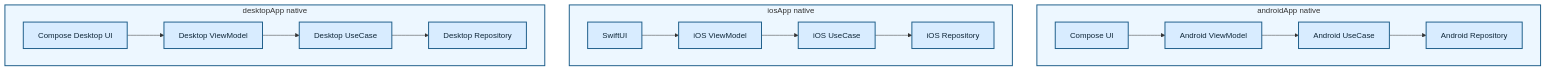
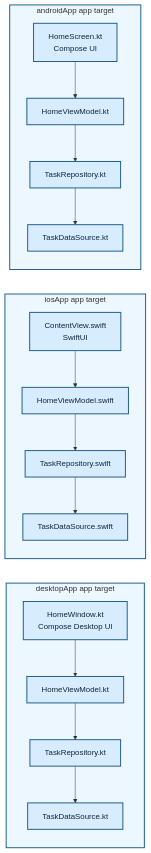
The diagram in diagrams/01-normal-native.md (TheSetox/kmp-sample-diagrams), drawn with Mermaid before and after one commit. The commit also changed other lines of this file and 28 other files, not shown here.

Commit message:
docs: reassess diagram layer boundaries

````diff
--- a/diagrams/01-normal-native.md
+++ b/diagrams/01-normal-native.md
@@ -5,32 +5,38 @@
 ```mermaid
 flowchart TB
-  subgraph Android["androidApp native"]
-    AUI["Compose UI"]
-    AVM["Android ViewModel"]
-    AUseCase["Android UseCase"]
-    ARepository["Android Repository"]
-    AUI --> AVM --> AUseCase --> ARepository
+  subgraph Android["androidApp app target"]
+    direction TB
+    AUI["HomeScreen.kt\nCompose UI"]
+    AVM["HomeViewModel.kt"]
+    ARepository["TaskRepository.kt"]
+    ADataSource["TaskDataSource.kt"]
+    AUI --> AVM --> ARepository --> ADataSource
   end
 
-  subgraph IOS["iosApp native"]
-    IUI["SwiftUI"]
-    IVM["iOS ViewModel"]
-    IUseCase["iOS UseCase"]
-    IRepository["iOS Repository"]
-    IUI --> IVM --> IUseCase --> IRepository
+  subgraph IOS["iosApp app target"]
+    direction TB
+    IUI["ContentView.swift\nSwiftUI"]
+    IVM["HomeViewModel.swift"]
+    IRepository["TaskRepository.swift"]
+    IDataSource["TaskDataSource.swift"]
+    IUI --> IVM --> IRepository --> IDataSource
   end
 
-  subgraph Desktop["desktopApp native"]
-    DUI["Compose Desktop UI"]
-    DVM["Desktop ViewModel"]
-    DUseCase["Desktop UseCase"]
-    DRepository["Desktop Repository"]
-    DUI --> DVM --> DUseCase --> DRepository
+  subgraph Desktop["desktopApp app target"]
+    direction TB
+    DUI["HomeWindow.kt\nCompose Desktop UI"]
+    DVM["HomeViewModel.kt"]
+    DRepository["TaskRepository.kt"]
+    DDataSource["TaskDataSource.kt"]
+    DUI --> DVM --> DRepository --> DDataSource
   end
 
+  ADataSource ~~~ IUI
+  IDataSource ~~~ DUI
+
   classDef app fill:#d8ecff,stroke:#1f5f8b,color:#0f2738,stroke-width:2px;
-  class AUI,AVM,AUseCase,ARepository,IUI,IVM,IUseCase,IRepository,DUI,DVM,DUseCase,DRepository app;
+  class AUI,AVM,ARepository,ADataSource,IUI,IVM,IRepository,IDataSource,DUI,DVM,DRepository,DDataSource app;
   style Android fill:#edf7ff,stroke:#1f5f8b,stroke-width:2px
   style IOS fill:#edf7ff,stroke:#1f5f8b,stroke-width:2px
   style Desktop fill:#edf7ff,stroke:#1f5f8b,stroke-width:2px
 ```
````
